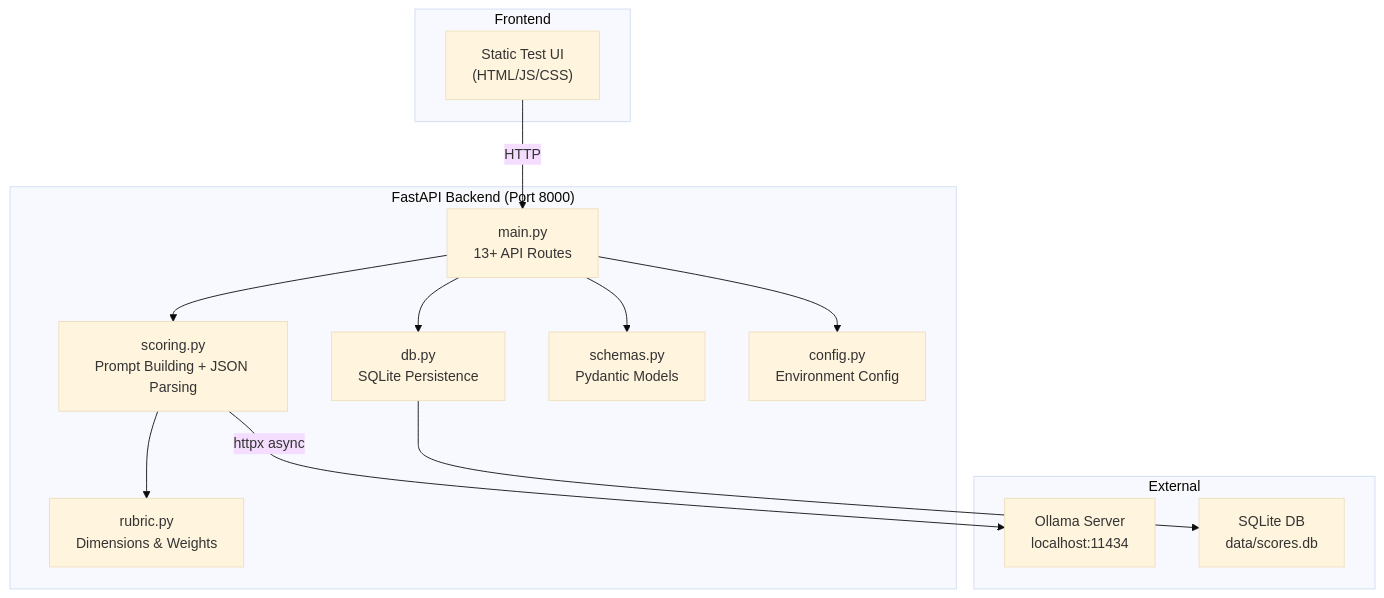
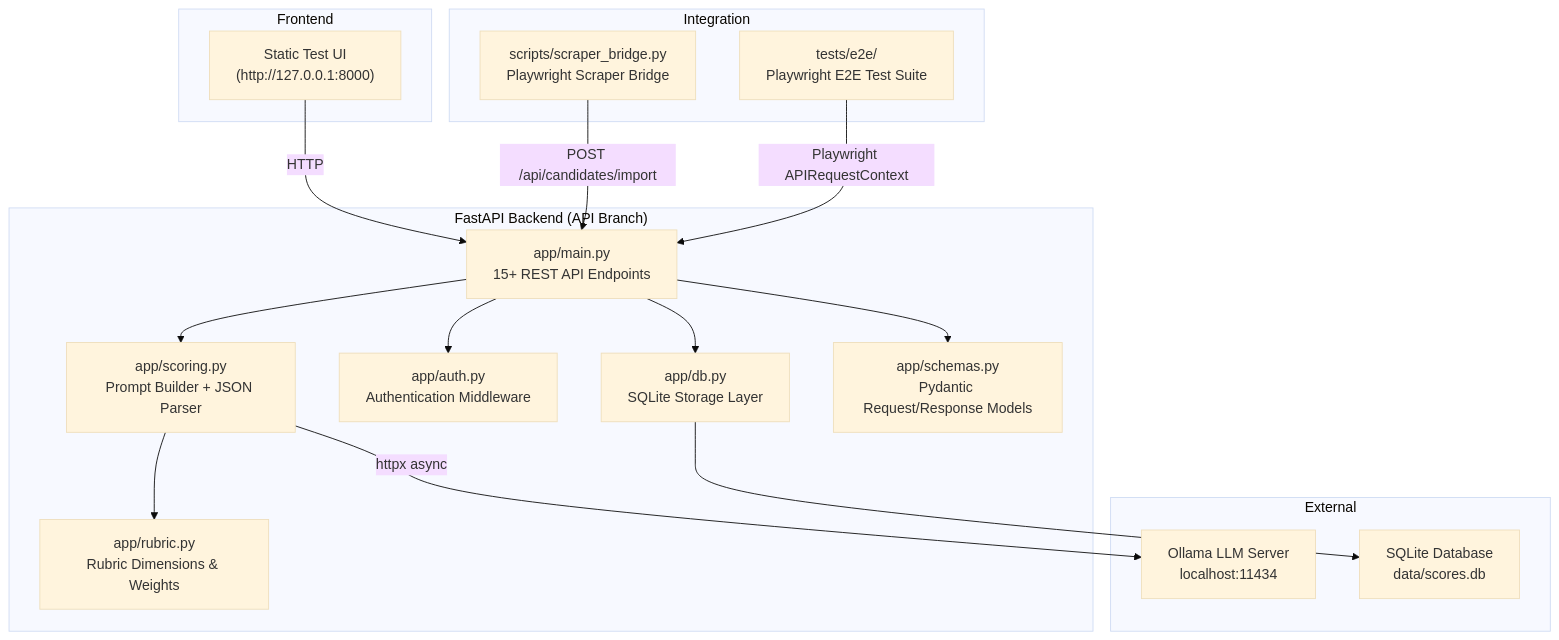
One commit to trouvaiilx/behavior-scoring changed the diagram in docs/project_report.md. Above: the diagram before and after it, drawn with Mermaid (base theme). The commit also changed other lines of this file and 3 other files, not shown here.

Commit message:
docs: revamp documentation for single-workspace API branch workflow

````diff
--- a/docs/project_report.md
+++ b/docs/project_report.md
@@ -36,29 +26,36 @@
 ```mermaid
 graph TB
     subgraph Frontend
-        UI["Static Test UI<br/>(HTML/JS/CSS)"]
+        UI["Static Test UI<br/>(http://127.0.0.1:8000)"]
     end
 
-    subgraph Backend["FastAPI Backend (Port 8000)"]
-        MAIN["main.py<br/>13+ API Routes"]
-        SCORING["scoring.py<br/>Prompt Building + JSON Parsing"]
-        RUBRIC["rubric.py<br/>Dimensions & Weights"]
-        DB["db.py<br/>SQLite Persistence"]
-        SCHEMAS["schemas.py<br/>Pydantic Models"]
-        CONFIG["config.py<br/>Environment Config"]
+    subgraph Backend["FastAPI Backend (API Branch)"]
+        MAIN["app/main.py<br/>15+ REST API Endpoints"]
+        SCORING["app/scoring.py<br/>Prompt Builder + JSON Parser"]
+        RUBRIC["app/rubric.py<br/>Rubric Dimensions & Weights"]
+        AUTH["app/auth.py<br/>Authentication Middleware"]
+        DB["app/db.py<br/>SQLite Storage Layer"]
+        SCHEMAS["app/schemas.py<br/>Pydantic Request/Response Models"]
+    end
+
+    subgraph Integration
+        BRIDGE["scripts/scraper_bridge.py<br/>Playwright Scraper Bridge"]
+        E2E["tests/e2e/<br/>Playwright E2E Test Suite"]
     end
 
     subgraph External
-        OLLAMA["Ollama Server<br/>localhost:11434"]
-        SQLITE["SQLite DB<br/>data/scores.db"]
+        OLLAMA["Ollama LLM Server<br/>localhost:11434"]
+        SQLITE["SQLite Database<br/>data/scores.db"]
     end
 
     UI -->|HTTP| MAIN
+    BRIDGE -->|POST /api/candidates/import| MAIN
     MAIN --> SCORING
     SCORING --> RUBRIC
     SCORING -->|httpx async| OLLAMA
     MAIN --> DB
     DB --> SQLITE
     MAIN --> SCHEMAS
-    MAIN --> CONFIG
+    MAIN --> AUTH
+    E2E -->|Playwright APIRequestContext| MAIN
 ```
````
